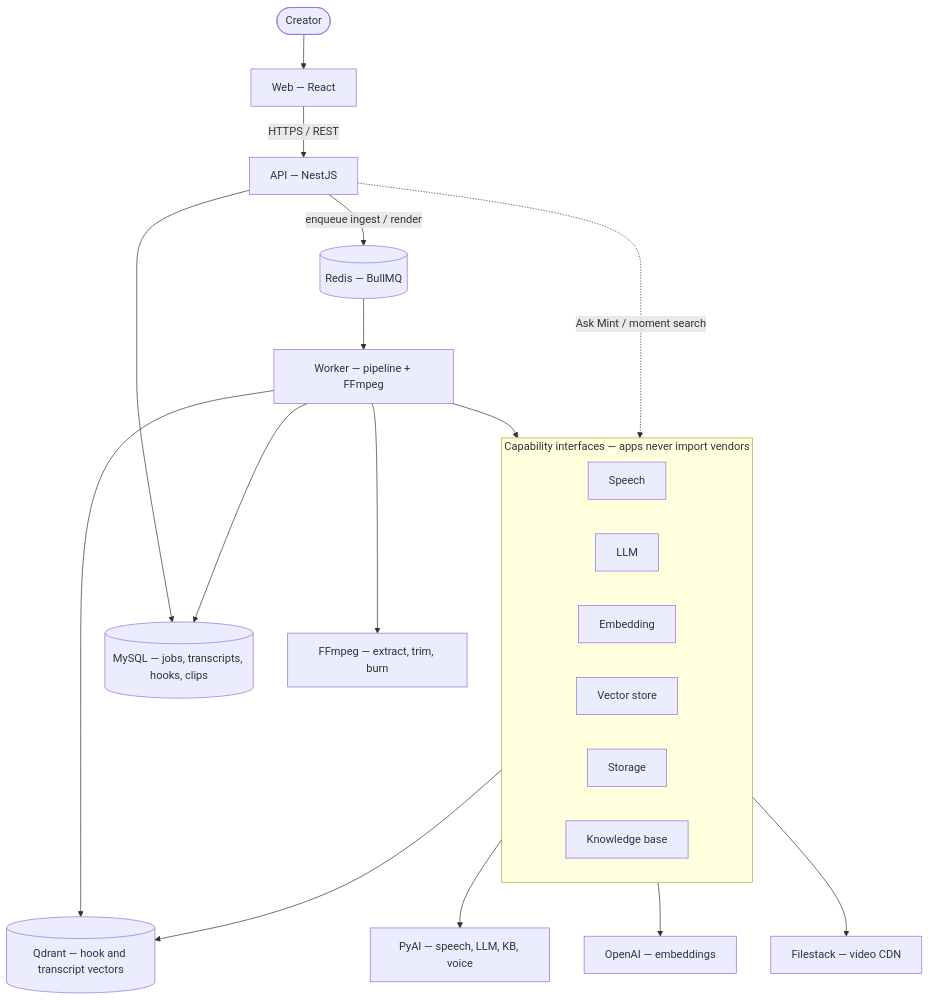
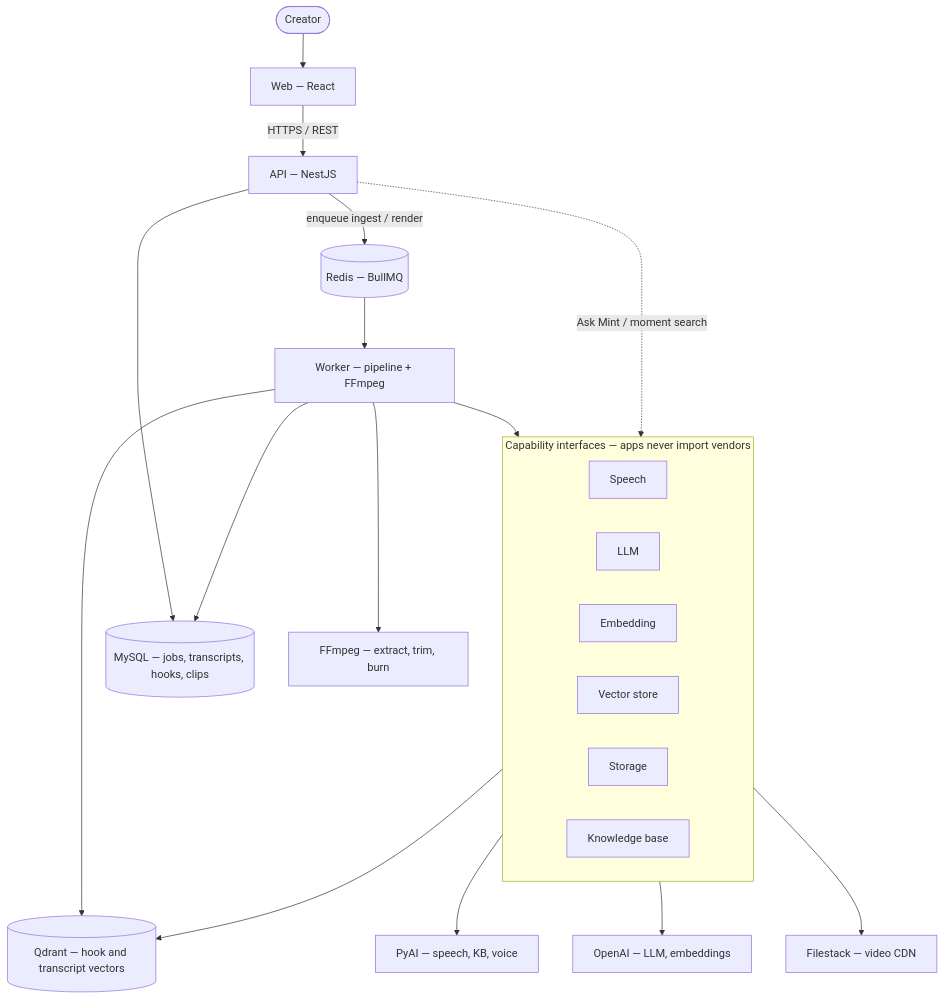
One commit to praveen-saaslabs/mintreels changed the diagram in README.md. Above: the diagram before and after it, drawn with Mermaid. The commit also changed other lines of this file and 11 other files, not shown here.

````diff
--- a/README.md
+++ b/README.md
@@ -64,31 +65,31 @@
 ```mermaid
 flowchart TB
   Creator([Creator]) --> Web["Web — React"]
   Web -->|"HTTPS / REST"| API["API — NestJS"]
 
   API --> MySQL[("MySQL — jobs, transcripts, hooks, clips")]
   API -->|"enqueue ingest / render"| Redis[("Redis — BullMQ")]
 
   Redis --> Worker["Worker — pipeline + FFmpeg"]
   Worker --> MySQL
   Worker --> Qdrant[("Qdrant — hook and transcript vectors")]
 
   subgraph caps ["Capability interfaces — apps never import vendors"]
     direction LR
     Speech["Speech"]
     Llm["LLM"]
     Embed["Embedding"]
     Vectors["Vector store"]
     Storage["Storage"]
     Know["Knowledge base"]
   end
 
   Worker --> caps
   API -.->|"Ask Mint / moment search"| caps
 
-  caps --> PyAI["PyAI — speech, LLM, KB, voice"]
-  caps --> OpenAI["OpenAI — embeddings"]
+  caps --> PyAI["PyAI — speech, KB, voice"]
+  caps --> OpenAI["OpenAI — LLM, embeddings"]
   caps --> Qdrant
   caps --> Filestack["Filestack — video CDN"]
   Worker --> FFmpeg["FFmpeg — extract, trim, burn"]
 ```
````
